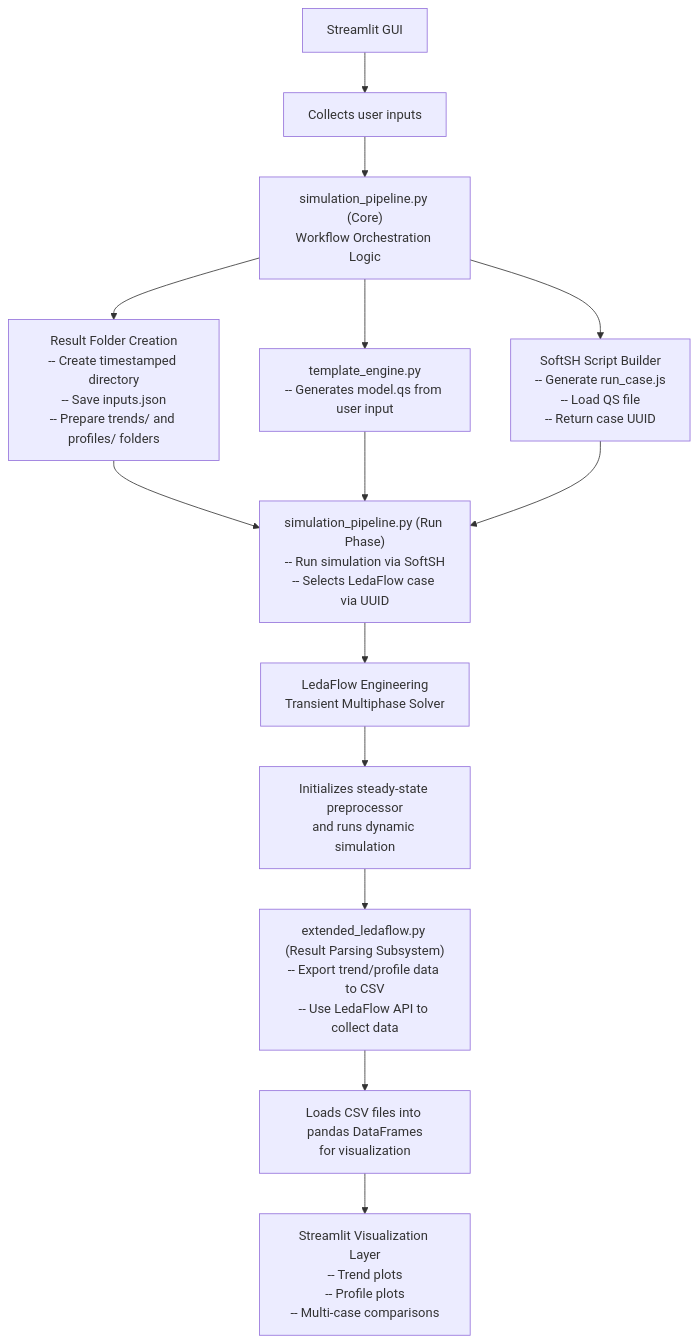
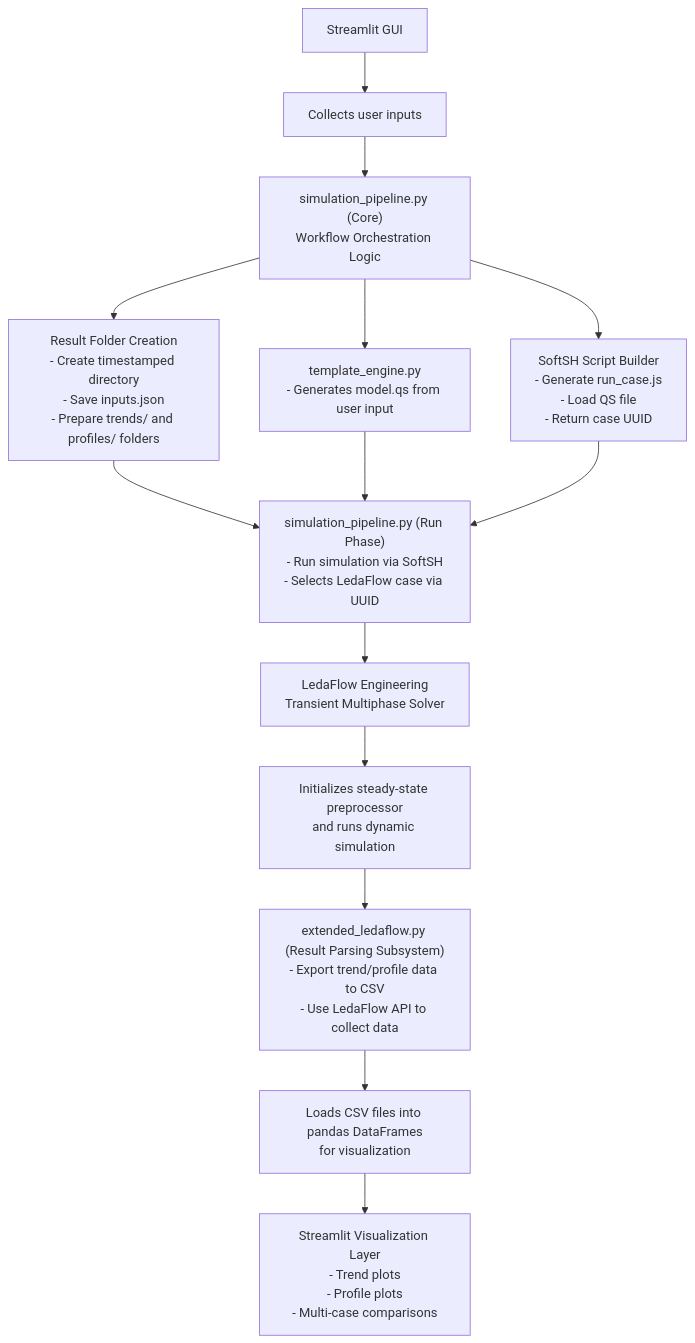
The diagram in README.md (AmandaTofthage/Ledarunner), drawn with Mermaid before and after one commit.

Commit message:
test update

````diff
--- a/README.md
+++ b/README.md
@@ -58,58 +58,58 @@
 ```mermaid
 flowchart TD
 
-    %% Plain text class
-     classDef text fill:none stroke:none color:#444;
+    %% CLASS WITH NO BOX (TEXT ONLY)
+    classDef nobox fill:none stroke:none color:#444;
 
     %% --- Streamlit GUI ---
     GUI["Streamlit GUI"]
-    GUITXT["Collects user inputs"]:::text
+    GUITXT["Collects user inputs"]:::nobox
 
     GUI --> GUITXT
 
     %% --- Workflow orchestrator ---
     PIPE["simulation_pipeline.py (Core)<br/>Workflow Orchestration Logic"]
     GUITXT --> PIPE
 
 
     %% --- Three subsystems under PIPE ---
-    RESULT["Result Folder Creation<br/>-- Create timestamped directory<br/>-- Save inputs.json<br/>-- Prepare trends/ and profiles/ folders"]
-    TEMP["template_engine.py<br/>-- Generates model.qs from user input"]
-    JS["SoftSH Script Builder<br/>-- Generate run_case.js<br/>-- Load QS file<br/>-- Return case UUID"]
+    RESULT["Result Folder Creation<br/>- Create timestamped directory<br/>- Save inputs.json<br/>- Prepare trends/ and profiles/ folders"]
+    TEMP["template_engine.py<br/>- Generates model.qs from user input"]
+    JS["SoftSH Script Builder<br/>- Generate run_case.js<br/>- Load QS file<br/>- Return case UUID"]
 
     PIPE --> RESULT
     PIPE --> TEMP
     PIPE --> JS
 
 
     %% --- RUN EXECUTION ---
-    RUN["simulation_pipeline.py (Run Phase)<br/>-- Run simulation via SoftSH<br/>-- Selects LedaFlow case via UUID"]
+    RUN["simulation_pipeline.py (Run Phase)<br/>- Run simulation via SoftSH<br/>- Selects LedaFlow case via UUID"]
 
     RESULT --> RUN
     TEMP --> RUN
     JS --> RUN
 
 
     %% --- LEDAFLOW ENGINE ---
     LF["LedaFlow Engineering<br/>Transient Multiphase Solver"]
-    TXT1["Initializes steady-state preprocessor<br/>and runs dynamic simulation"]:::text
+    TXT1["Initializes steady-state preprocessor<br/>and runs dynamic simulation"]:::nobox
 
     RUN --> LF
     LF --> TXT1
 
 
     %% --- RESULT PARSING ---
-    PARSE["extended_ledaflow.py (Result Parsing Subsystem)<br/>-- Export trend/profile data to CSV<br/>-- Use LedaFlow API to collect data"]
-    TXT2["Loads CSV files into pandas DataFrames<br/>for visualization"]:::text
+    PARSE["extended_ledaflow.py (Result Parsing Subsystem)<br/>- Export trend/profile data to CSV<br/>- Use LedaFlow API to collect data"]
+    TXT2["Loads CSV files into pandas DataFrames<br/>for visualization"]:::nobox
 
     TXT1 --> PARSE
     PARSE --> TXT2
 
 
     %% --- VISUALIZATION ---
-    VIZ["Streamlit Visualization Layer<br/>-- Trend plots<br/>-- Profile plots<br/>-- Multi-case comparisons"]
+    VIZ["Streamlit Visualization Layer<br/>- Trend plots<br/>- Profile plots<br/>- Multi-case comparisons"]
 
     TXT2 --> VIZ
 
 
 ```
````
